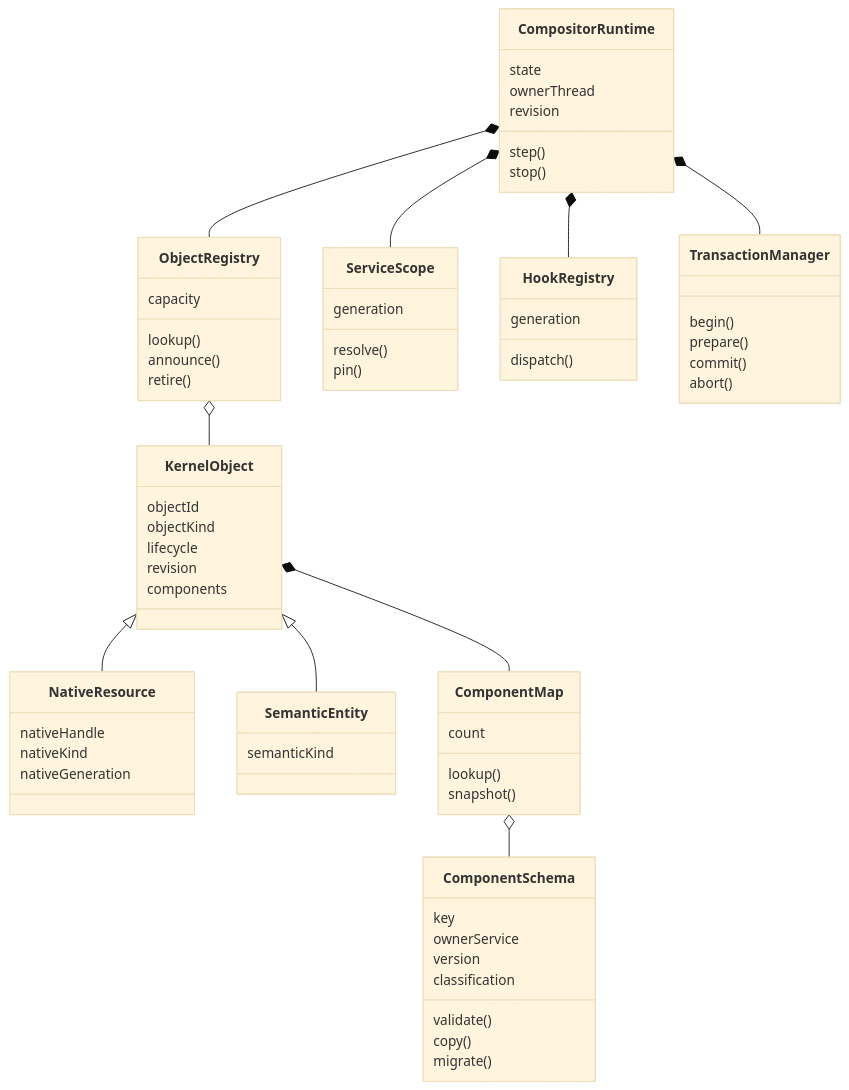
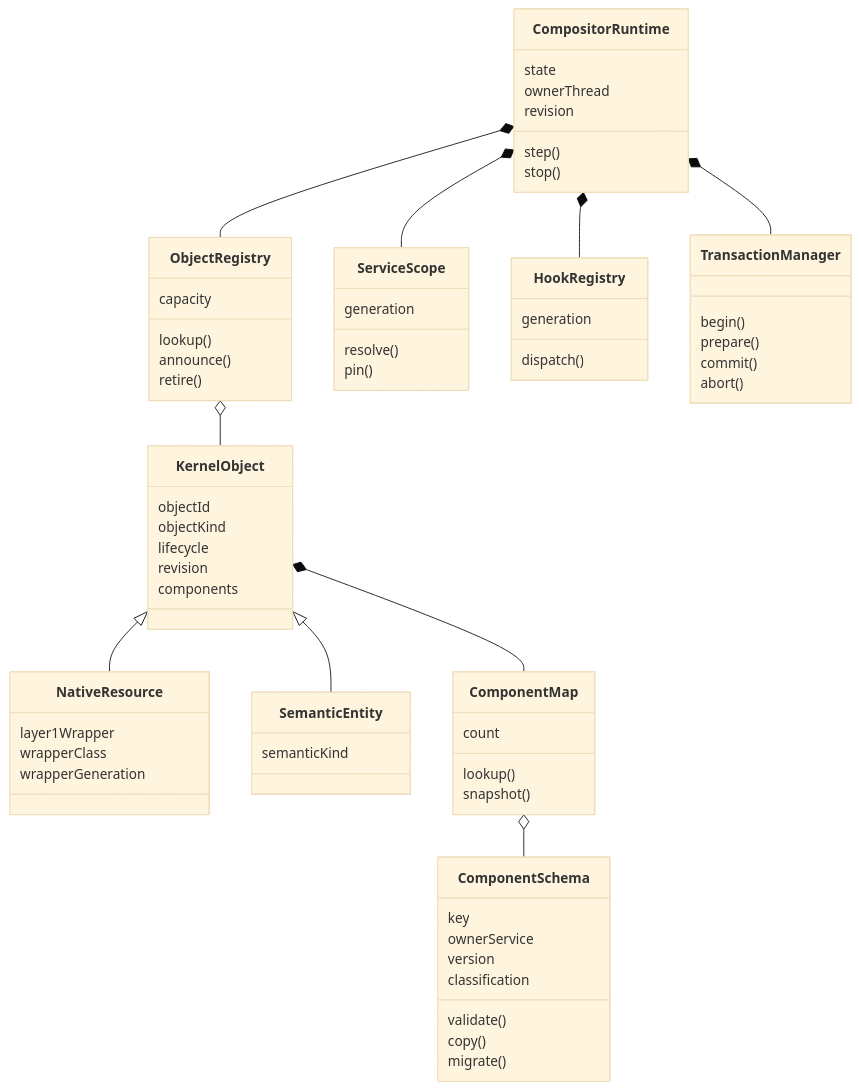
Before and after one commit to SeungheonOh/ataxia: the second of 20 diagrams in docs/LAYER-2-CLOS-DESIGN.md, drawn with Mermaid (base theme). The commit also changed other lines of this file, not shown here.

Commit message:
docs: replace native event router with protocol sinks

````diff
--- a/docs/LAYER-2-CLOS-DESIGN.md
+++ b/docs/LAYER-2-CLOS-DESIGN.md
@@ -145,79 +144,79 @@
 ```mermaid
 classDiagram
     class CompositorRuntime {
         state
         ownerThread
         revision
         step()
         stop()
     }
 
     class ObjectRegistry {
         capacity
         lookup()
         announce()
         retire()
     }
 
     class KernelObject {
         objectId
         objectKind
         lifecycle
         revision
         components
     }
 
     class NativeResource {
-        nativeHandle
-        nativeKind
-        nativeGeneration
+        layer1Wrapper
+        wrapperClass
+        wrapperGeneration
     }
 
     class SemanticEntity {
         semanticKind
     }
 
     class ComponentMap {
         count
         lookup()
         snapshot()
     }
 
     class ComponentSchema {
         key
         ownerService
         version
         classification
         validate()
         copy()
         migrate()
     }
 
     class ServiceScope {
         generation
         resolve()
         pin()
     }
 
     class HookRegistry {
         generation
         dispatch()
     }
 
     class TransactionManager {
         begin()
         prepare()
         commit()
         abort()
     }
 
     CompositorRuntime *-- ObjectRegistry
     CompositorRuntime *-- ServiceScope
     CompositorRuntime *-- HookRegistry
     CompositorRuntime *-- TransactionManager
     ObjectRegistry o-- KernelObject
     KernelObject <|-- NativeResource
     KernelObject <|-- SemanticEntity
     KernelObject *-- ComponentMap
     ComponentMap o-- ComponentSchema
 ```
````
